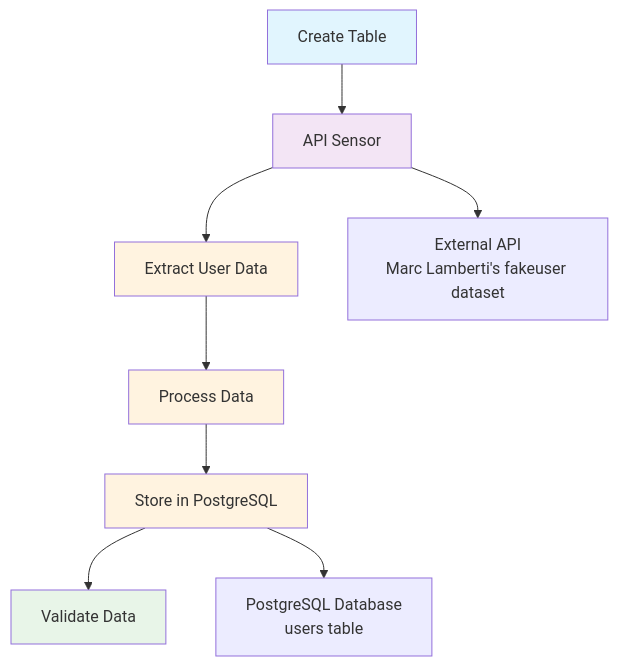
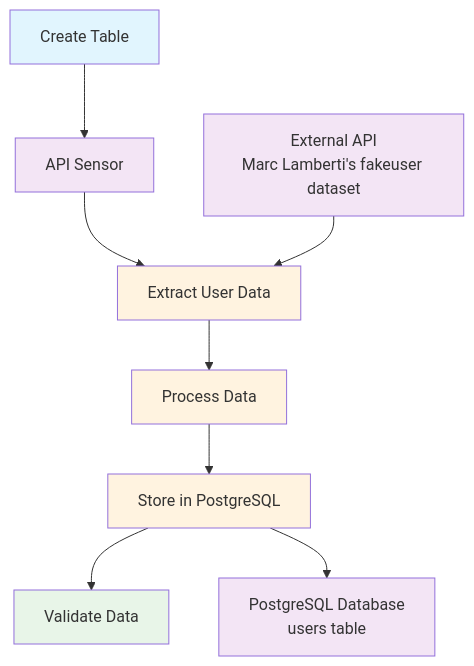
One commit to Mousami7/airflow-user-processing-pipeline changed the diagram in README.md. Above: the diagram before and after it, drawn with Mermaid.

Commit message:
Fix architecture diagram data flow
- Corrected arrow direction: External API → Extract User Data (not API Sensor → External API)
- API Sensor now correctly shows as checking availability, not as data source
- Extract User Data now correctly shows as receiving data from External API
- Added proper styling for external API and database nodes
- Architecture diagram now accurately represents actual DAG data flow

````diff
--- a/README.md
+++ b/README.md
@@ -15,18 +15,20 @@
 ```mermaid
 graph TD
     A[Create Table] --> B[API Sensor]
     B --> C[Extract User Data]
     C --> D[Process Data]
     D --> E[Store in PostgreSQL]
     E --> F[Validate Data]
     
-    B --> G[External API<br/>Marc Lamberti's fakeuser dataset]
+    G[External API<br/>Marc Lamberti's fakeuser dataset] --> C
     E --> H[PostgreSQL Database<br/>users table]
     
     style A fill:#e1f5fe
     style B fill:#f3e5f5
     style C fill:#fff3e0
     style D fill:#fff3e0
     style E fill:#fff3e0
     style F fill:#e8f5e8
+    style G fill:#f3e5f5
+    style H fill:#f3e5f5
 ```
````
